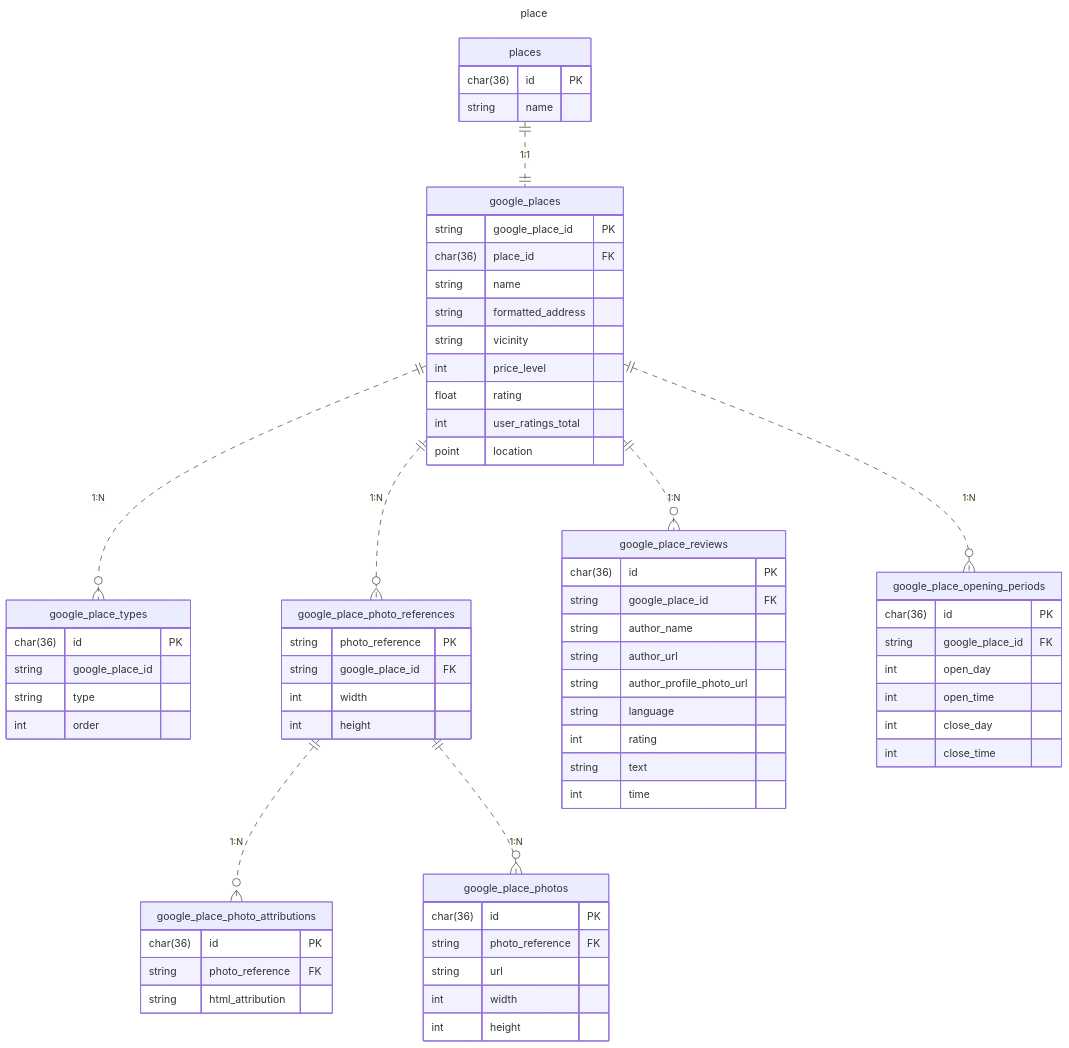
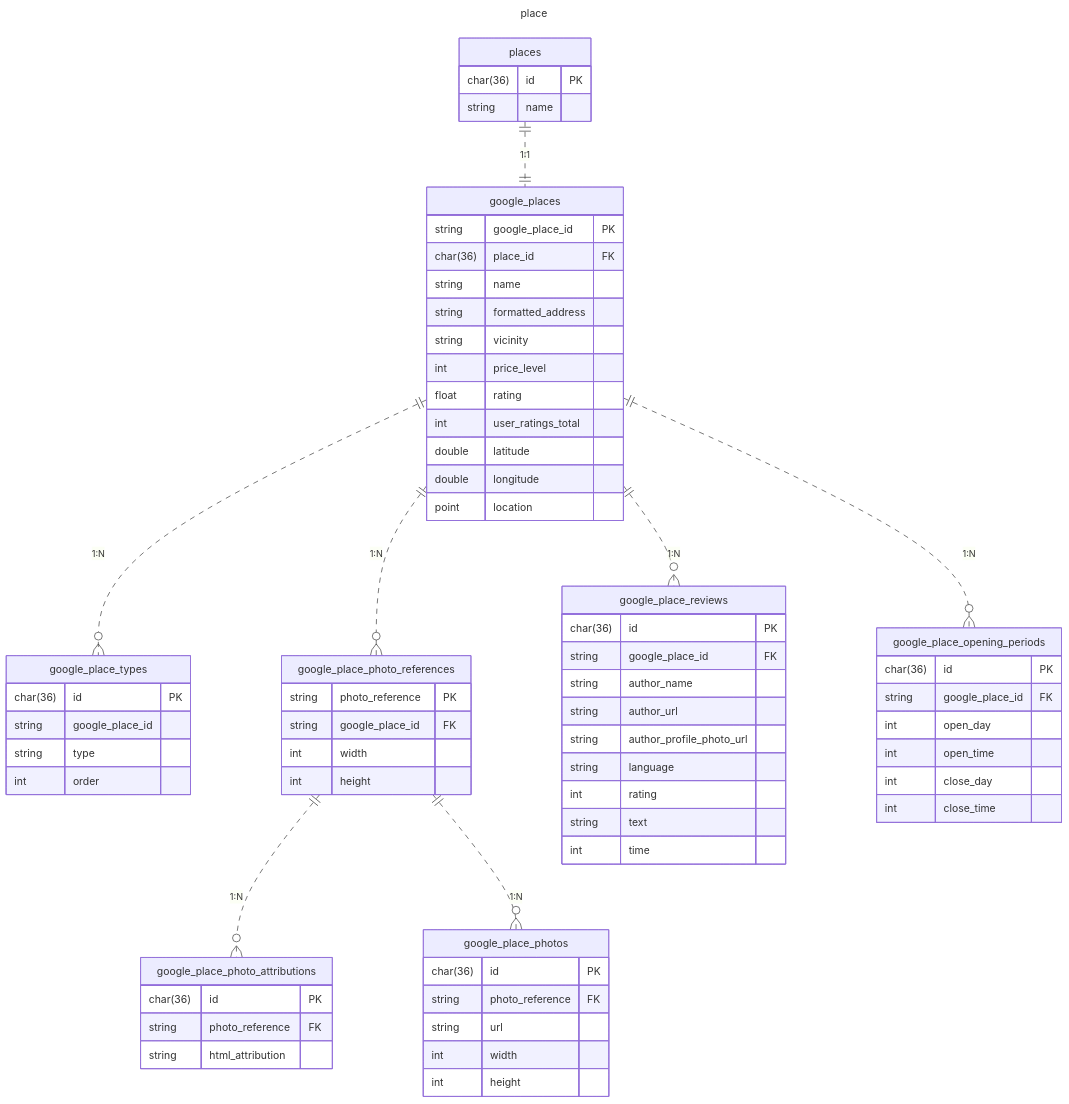
One commit to poroto-app/planner changed the second of 2 diagrams in doc/database/er.md. Above: the diagram before and after it, drawn with Mermaid. The commit also changed 1 other file, not shown here.

Commit message:
feat(db): triggerでPoint型の値を挿入する

````diff
--- a/doc/database/er.md
+++ b/doc/database/er.md
@@ -19,79 +19,81 @@
 ```mermaid
 ---
 title: place
 ---
 erDiagram
     places {
         char(36) id PK
         string name
     }
 
     google_places {
         string google_place_id PK
         char(36) place_id FK
         string name
         string formatted_address
         string vicinity
         int price_level
         float rating
         int user_ratings_total
+        double latitude
+        double longitude
         point location
     }
 
     google_place_types {
         char(36) id PK
         string google_place_id
         string type
         int order
     }
 
     google_place_photo_references {
         string photo_reference PK
         string google_place_id FK
         int width
         int height
     }
 
     google_place_photos {
         char(36) id PK
         string photo_reference FK
         string url
         int width
         int height
     }
 
     google_place_photo_attributions {
         char(36) id PK
         string photo_reference FK
         string html_attribution
     }
 
     google_place_reviews {
         char(36) id PK
         string google_place_id FK
         string author_name
         string author_url
         string author_profile_photo_url
         string language
         int rating
         string text
         int time
     }
 
     google_place_opening_periods {
         char(36) id PK
         string google_place_id FK
         int open_day
         int open_time
         int close_day
         int close_time
     }
 
     places ||..|| google_places: "1:1"
     google_places ||..o{ google_place_types: "1:N"
     google_places ||..o{ google_place_photo_references: "1:N"
     google_places ||..o{ google_place_opening_periods: "1:N"
     google_place_photo_references ||..o{ google_place_photo_attributions: "1:N"
     google_place_photo_references ||..o{ google_place_photos: "1:N"
     google_places ||..o{ google_place_reviews: "1:N"
 ```
````
